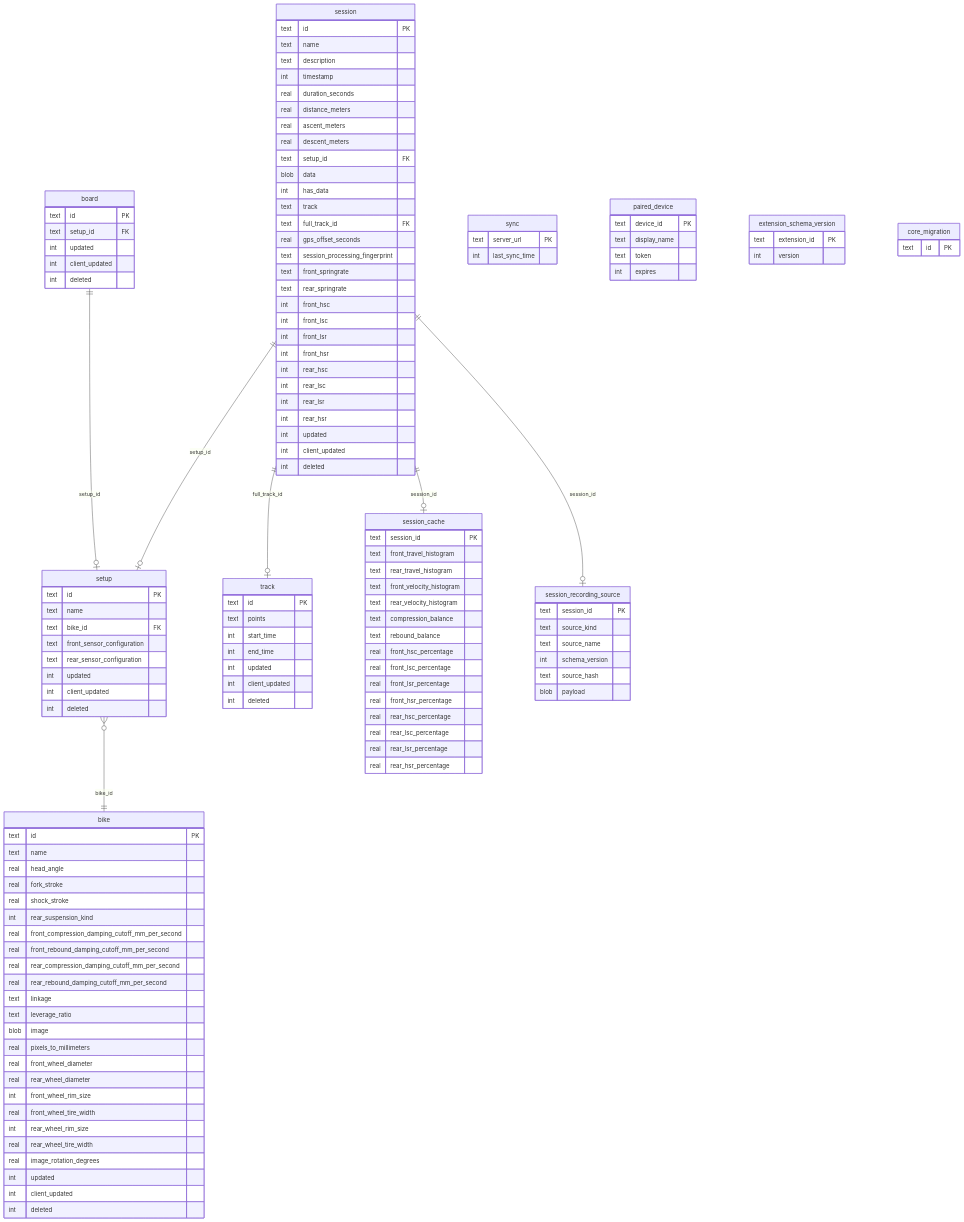
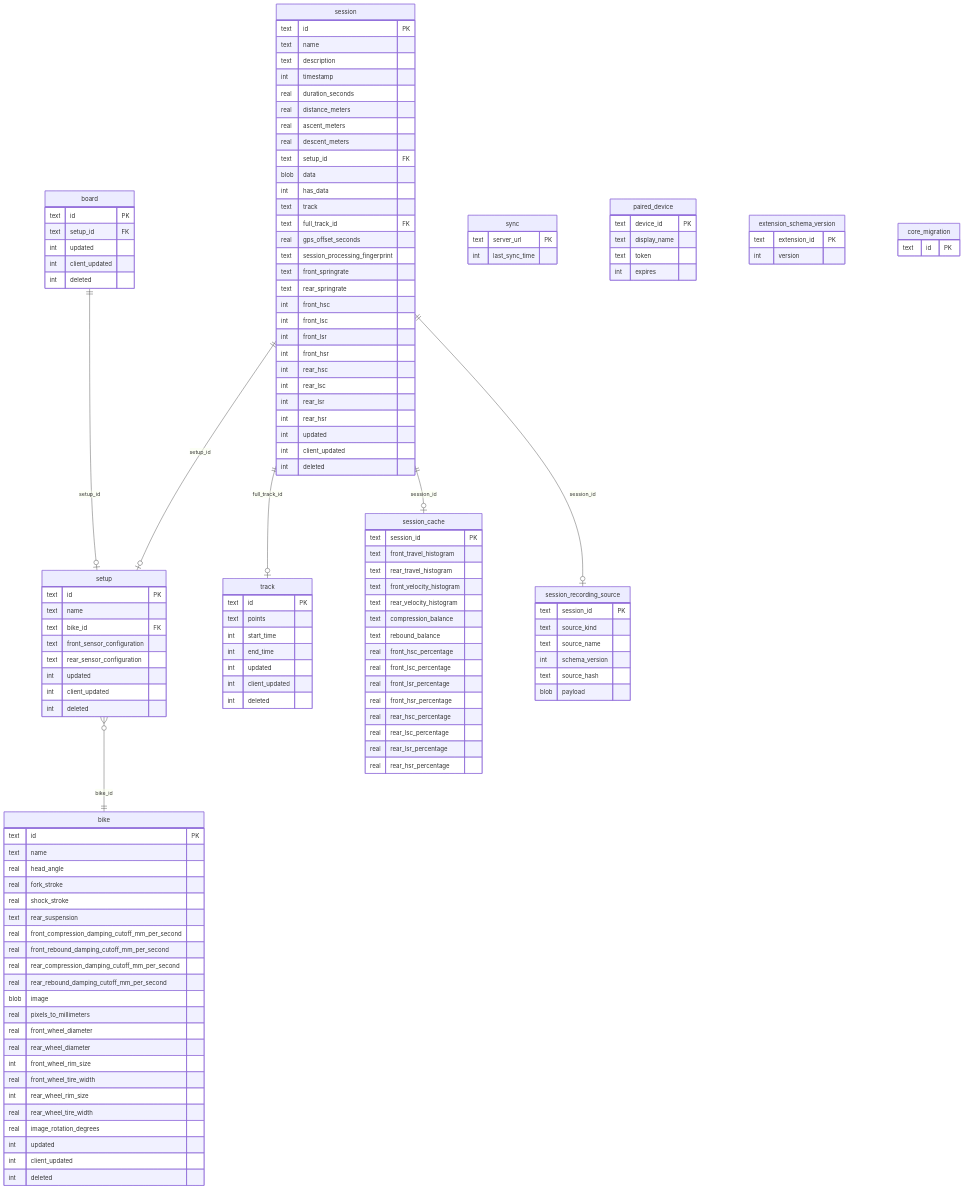
The diagram in docs/architecture/persistence.md (MoridinBG/Sufni.app), drawn with Mermaid before and after one commit. The commit also changed other lines of this file and 4 other files, not shown here.

Commit message:
Refresh rear suspension persistence docs

```diff
--- a/docs/architecture/persistence.md
+++ b/docs/architecture/persistence.md
@@ -59,13 +59,11 @@
         real head_angle
         real fork_stroke
         real shock_stroke
-        int rear_suspension_kind
+        text rear_suspension
         real front_compression_damping_cutoff_mm_per_second
         real front_rebound_damping_cutoff_mm_per_second
         real rear_compression_damping_cutoff_mm_per_second
         real rear_rebound_damping_cutoff_mm_per_second
-        text linkage
-        text leverage_ratio
         blob image
         real pixels_to_millimeters
         real front_wheel_diameter
```
